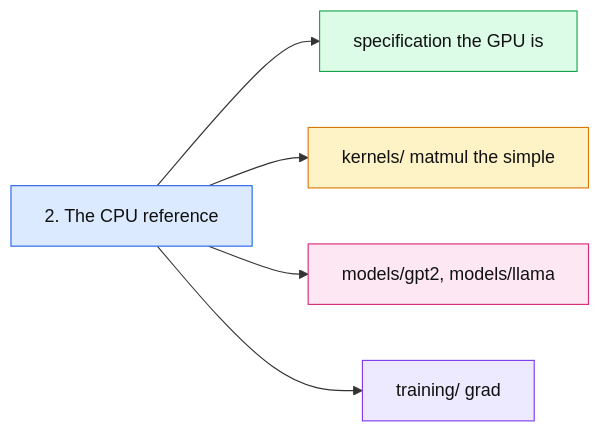
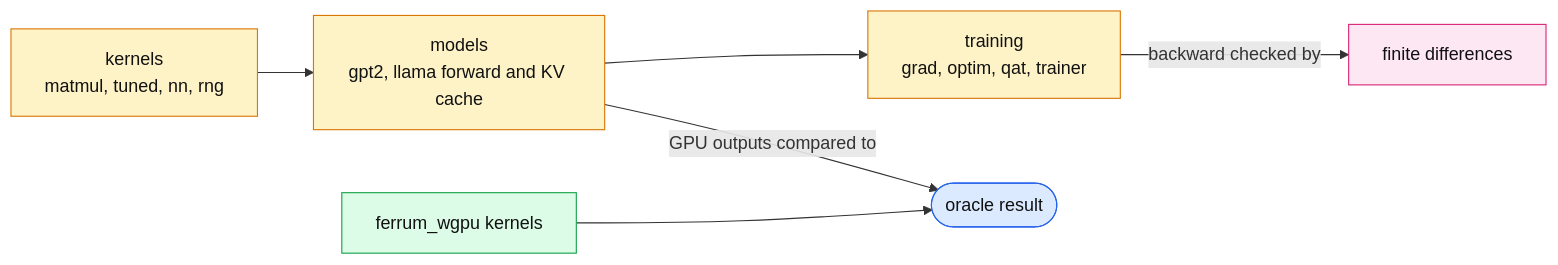
Before and after one commit to thomascherickal/ferrum-gpu: the third of 17 diagrams in docs/architecture.md, drawn with Mermaid. The commit also changed other lines of this file and 4 other files, not shown here.

First line of the commit message:
docs: hand-drawn data-flow diagrams for the readme, architecture and GUI pages

````diff
--- a/docs/architecture.md
+++ b/docs/architecture.md
@@ -52,13 +81,13 @@
 ```mermaid
 flowchart LR
-    a["2. The CPU reference"]:::root
-    a --> n0["specification the GPU is"]:::c0
-    a --> n1["kernels/ matmul the simple"]:::c1
-    a --> n2["models/gpt2, models/llama"]:::c2
-    a --> n3["training/ grad"]:::c3
-    classDef root fill:#dbeafe,stroke:#2563eb,color:#111
-    classDef c0 fill:#dcfce7,stroke:#16a34a,color:#111
-    classDef c1 fill:#fef3c7,stroke:#d97706,color:#111
-    classDef c2 fill:#fce7f3,stroke:#db2777,color:#111
-    classDef c3 fill:#ede9fe,stroke:#7c3aed,color:#111
+    k["kernels<br/>matmul, tuned, nn, rng"]:::cpu --> m["models<br/>gpt2, llama forward and KV cache"]:::cpu
+    m --> t["training<br/>grad, optim, qat, trainer"]:::cpu
+    t -- "backward checked by" --> fd["finite differences"]:::io
+    m -- "GPU outputs compared to" --> o(["oracle result"]):::core
+    gp["ferrum_wgpu kernels"]:::gpu --> o
+    classDef core fill:#dbeafe,stroke:#2563eb,color:#111
+    classDef gpu fill:#dcfce7,stroke:#16a34a,color:#111
+    classDef cpu fill:#fef3c7,stroke:#d97706,color:#111
+    classDef io fill:#fce7f3,stroke:#db2777,color:#111
+    classDef host fill:#ede9fe,stroke:#7c3aed,color:#111
 ```
````
